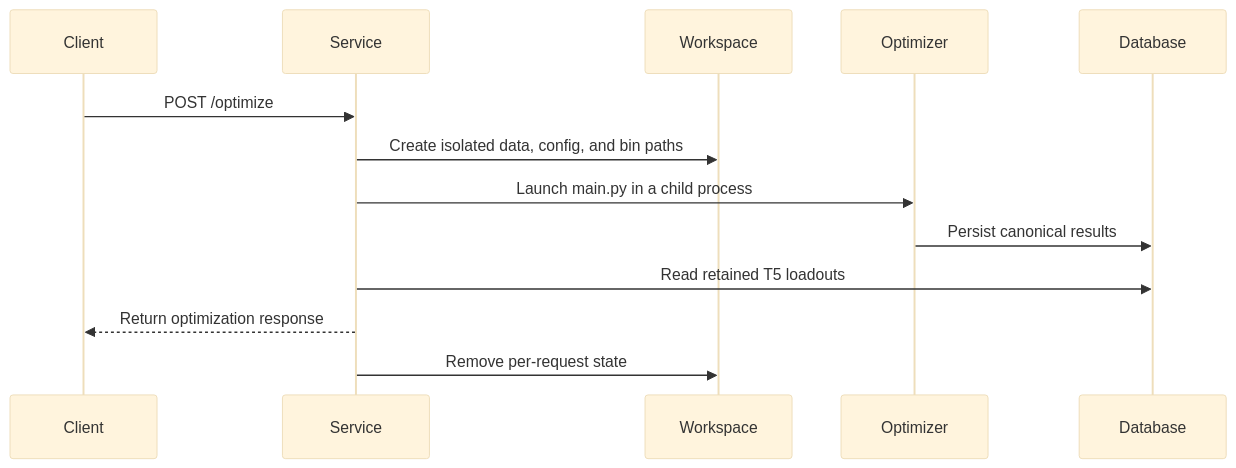
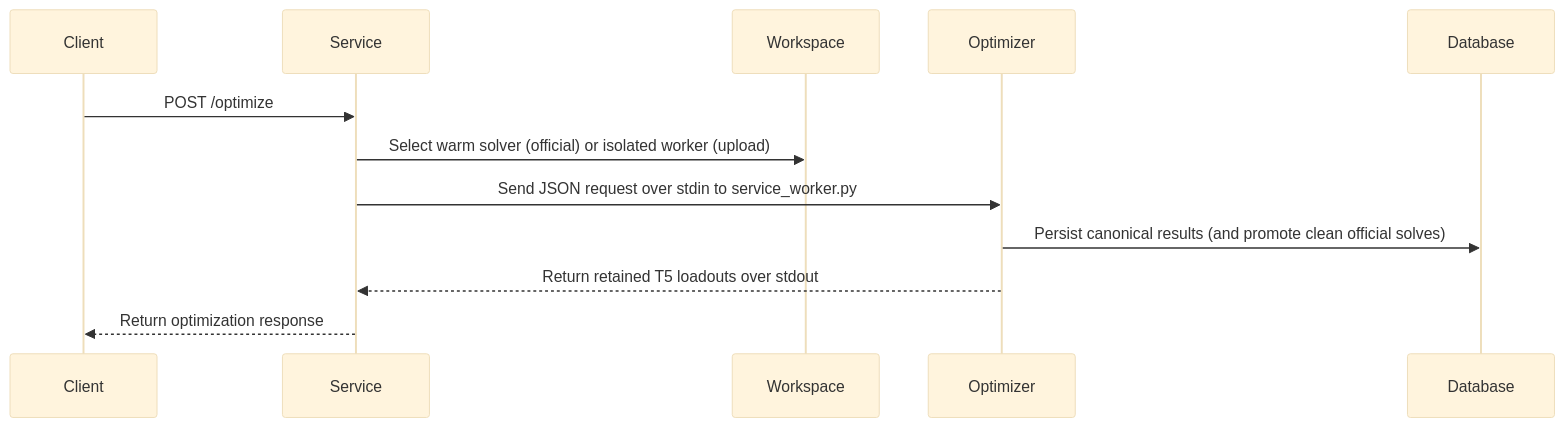
One commit to TheBaconactor/RoBeats-Calculator-Engine changed the third of 3 diagrams in docs/ARCHITECTURE.md. Above: the diagram before and after it, drawn with Mermaid (base theme). The commit also changed other lines of this file and 77 other files, not shown here.

````diff
--- a/docs/ARCHITECTURE.md
+++ b/docs/ARCHITECTURE.md
@@ -173,16 +172,15 @@
 ```mermaid
 sequenceDiagram
     participant Client
     participant Service
     participant Workspace
     participant Optimizer
     participant Database
 
     Client->>Service: POST /optimize
-    Service->>Workspace: Create isolated data, config, and bin paths
-    Service->>Optimizer: Launch main.py in a child process
-    Optimizer->>Database: Persist canonical results
-    Service->>Database: Read retained T5 loadouts
+    Service->>Workspace: Select warm solver (official) or isolated worker (upload)
+    Service->>Optimizer: Send JSON request over stdin to service_worker.py
+    Optimizer->>Database: Persist canonical results (and promote clean official solves)
+    Optimizer-->>Service: Return retained T5 loadouts over stdout
     Service-->>Client: Return optimization response
-    Service->>Workspace: Remove per-request state
 ```
````
